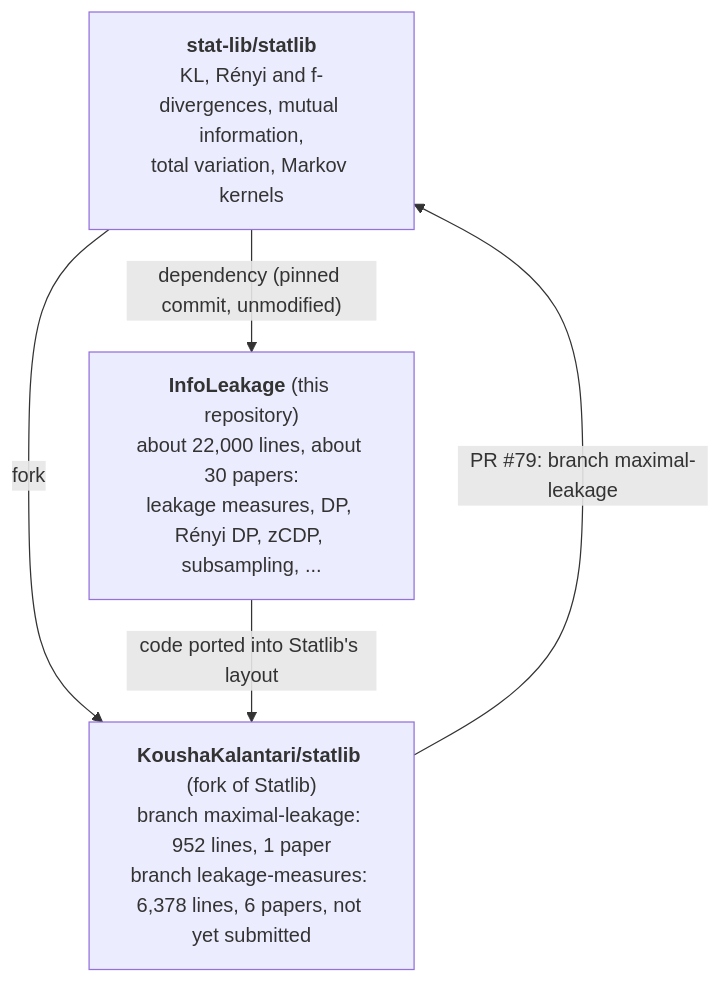
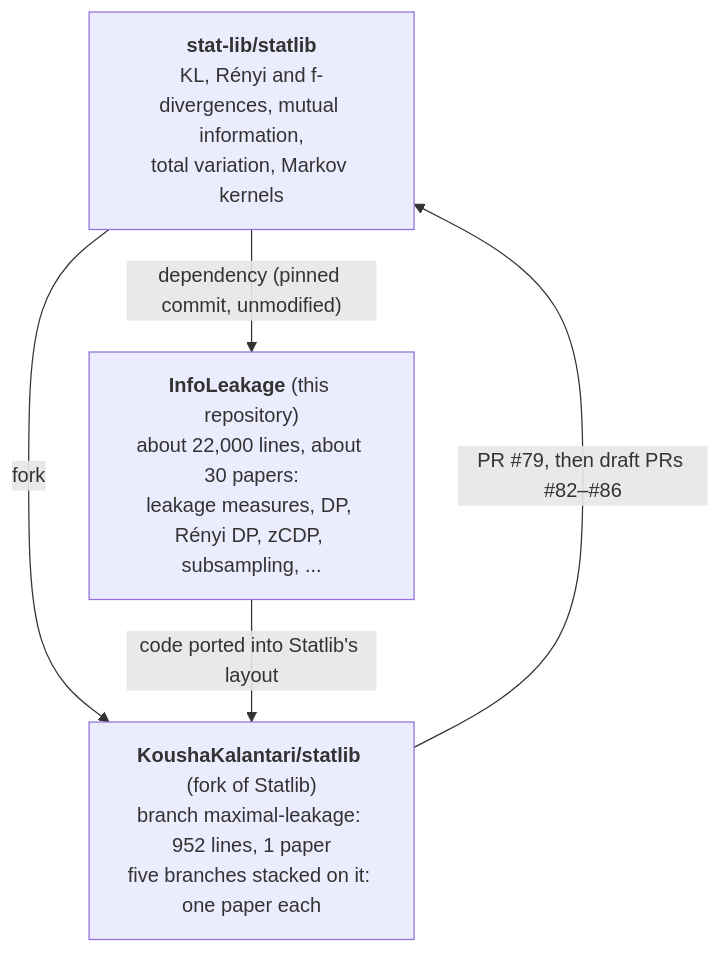
One commit to KoushaKalantari/InfoLeakage changed the diagram in README.md. Above: the diagram before and after it, drawn with Mermaid. The commit also changed other lines of this file, not shown here.

Commit message:
README: list the stacked Statlib PRs

````diff
--- a/README.md
+++ b/README.md
@@ -33,10 +33,10 @@
 ```mermaid
 flowchart TB
   S["<b>stat-lib/statlib</b><br/>KL, Rényi and f-divergences, mutual information,<br/>total variation, Markov kernels"]
   I["<b>InfoLeakage</b> (this repository)<br/>about 22,000 lines, about 30 papers:<br/>leakage measures, DP, Rényi DP, zCDP, subsampling, ..."]
-  F["<b>KoushaKalantari/statlib</b> (fork of Statlib)<br/>branch maximal-leakage: 952 lines, 1 paper<br/>branch leakage-measures: 6,378 lines, 6 papers, not yet submitted"]
+  F["<b>KoushaKalantari/statlib</b> (fork of Statlib)<br/>branch maximal-leakage: 952 lines, 1 paper<br/>five branches stacked on it: one paper each"]
   S -- "dependency (pinned commit, unmodified)" --> I
   S -- "fork" --> F
   I -- "code ported into Statlib's layout" --> F
-  F -- "PR #79: branch maximal-leakage" --> S
+  F -- "PR #79, then draft PRs #82–#86" --> S
 ```
````
